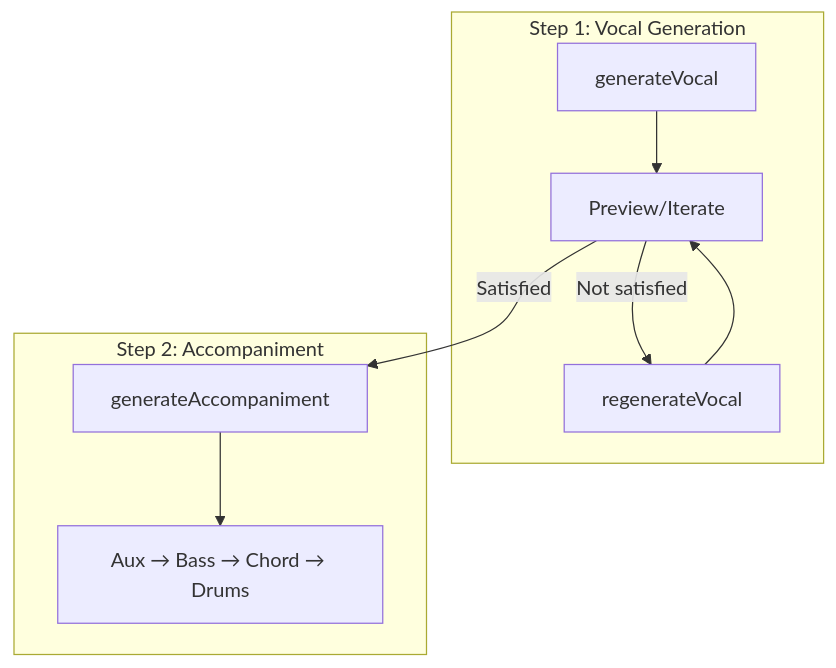
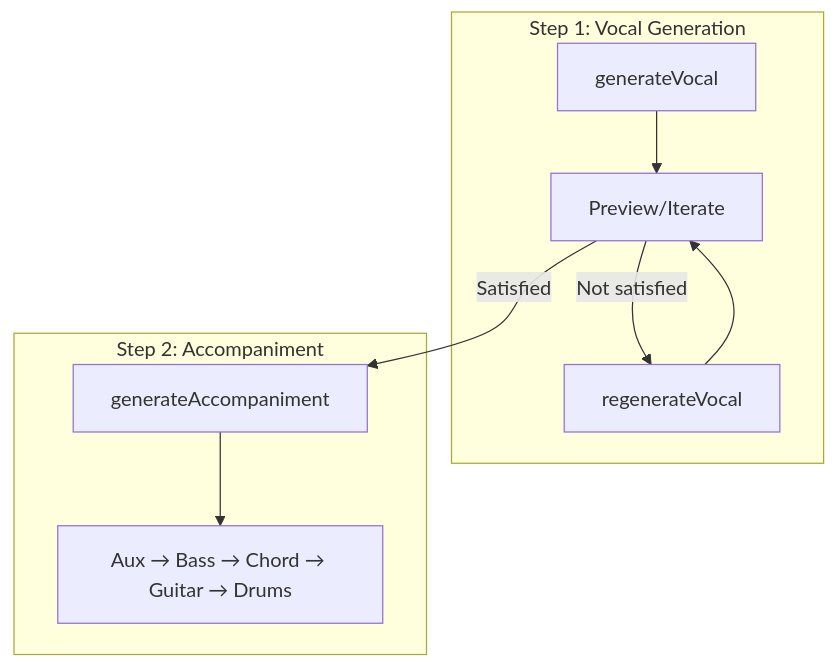
Before and after one commit to libraz/midi-sketch-homepage: the first of 7 diagrams in src/docs/generation-pipeline.md, drawn with Mermaid. The commit also changed other lines of this file and 24 other files, not shown here.

````diff
--- a/src/docs/generation-pipeline.md
+++ b/src/docs/generation-pipeline.md
@@ -17,15 +17,15 @@
 ```mermaid
 flowchart TD
     subgraph Step1 [Step 1: Vocal Generation]
         V1[generateVocal] --> V2[Preview/Iterate]
         V2 -->|Not satisfied| V3[regenerateVocal]
         V3 --> V2
     end
 
     subgraph Step2 [Step 2: Accompaniment]
         A1[generateAccompaniment]
-        A1 --> A2[Aux → Bass → Chord → Drums]
+        A1 --> A2[Aux → Bass → Chord → Guitar → Drums]
     end
 
     V2 -->|Satisfied| A1
 ```
````
